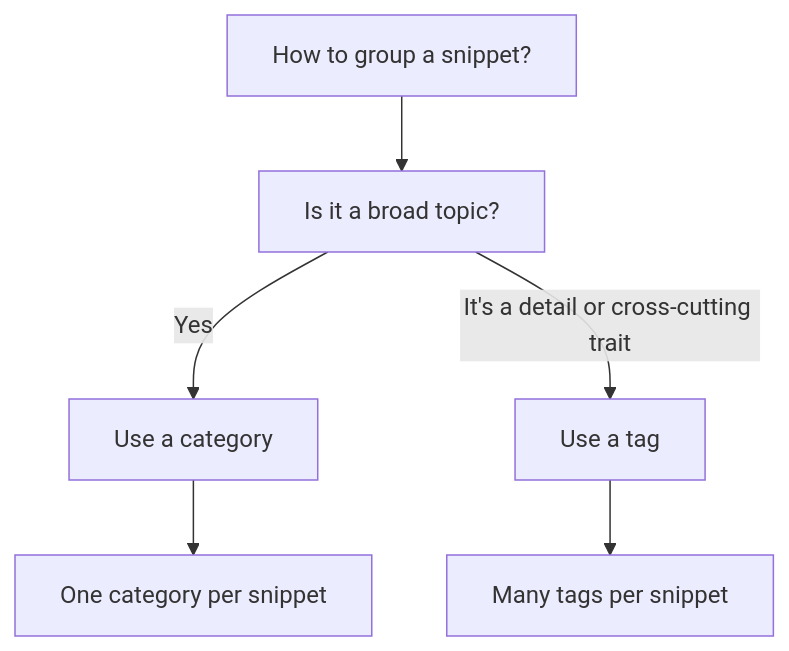
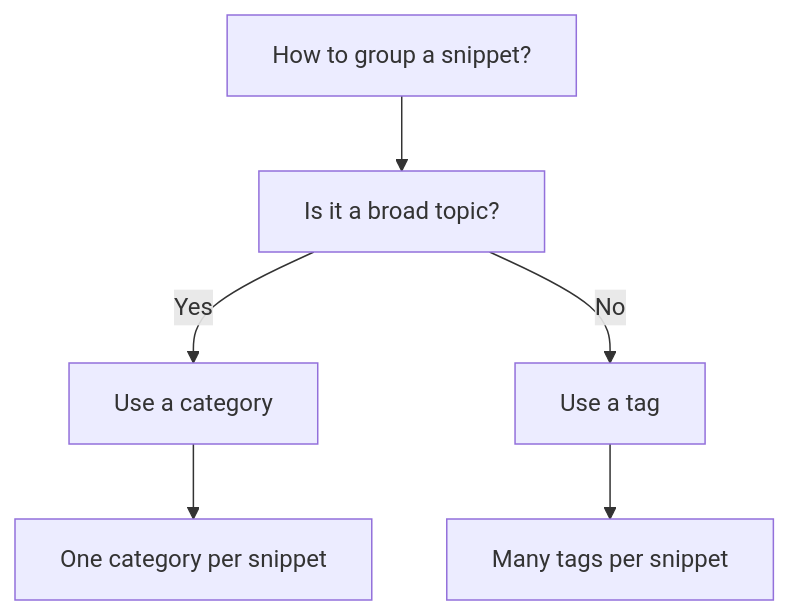
One commit to Mohita111/API2 changed the second of 4 diagrams in dromeas/docs/api2-documentation/plan_2026-11-02_f8890e/user-facing-docs/snippet-organization.md. Above: the diagram before and after it, drawn with Mermaid. The commit also changed other lines of this file and 4 other files, not shown here.

````diff
--- a/dromeas/docs/api2-documentation/plan_2026-11-02_f8890e/user-facing-docs/snippet-organization.md
+++ b/dromeas/docs/api2-documentation/plan_2026-11-02_f8890e/user-facing-docs/snippet-organization.md
@@ -83,8 +83,8 @@
 ```mermaid
 graph TD
     Q["How to group a snippet?"] --> C["Is it a broad topic?"]
-    C -->|Yes| CAT[Use a category]
-    C -->|It's a detail or cross-cutting trait| TAG[Use a tag]
-    CAT --> X[One category per snippet]
-    TAG --> Y[Many tags per snippet]
+    C -->|Yes| CAT["Use a category"]
+    C -->|No| TAG["Use a tag"]
+    CAT --> X["One category per snippet"]
+    TAG --> Y["Many tags per snippet"]
 ```
````
